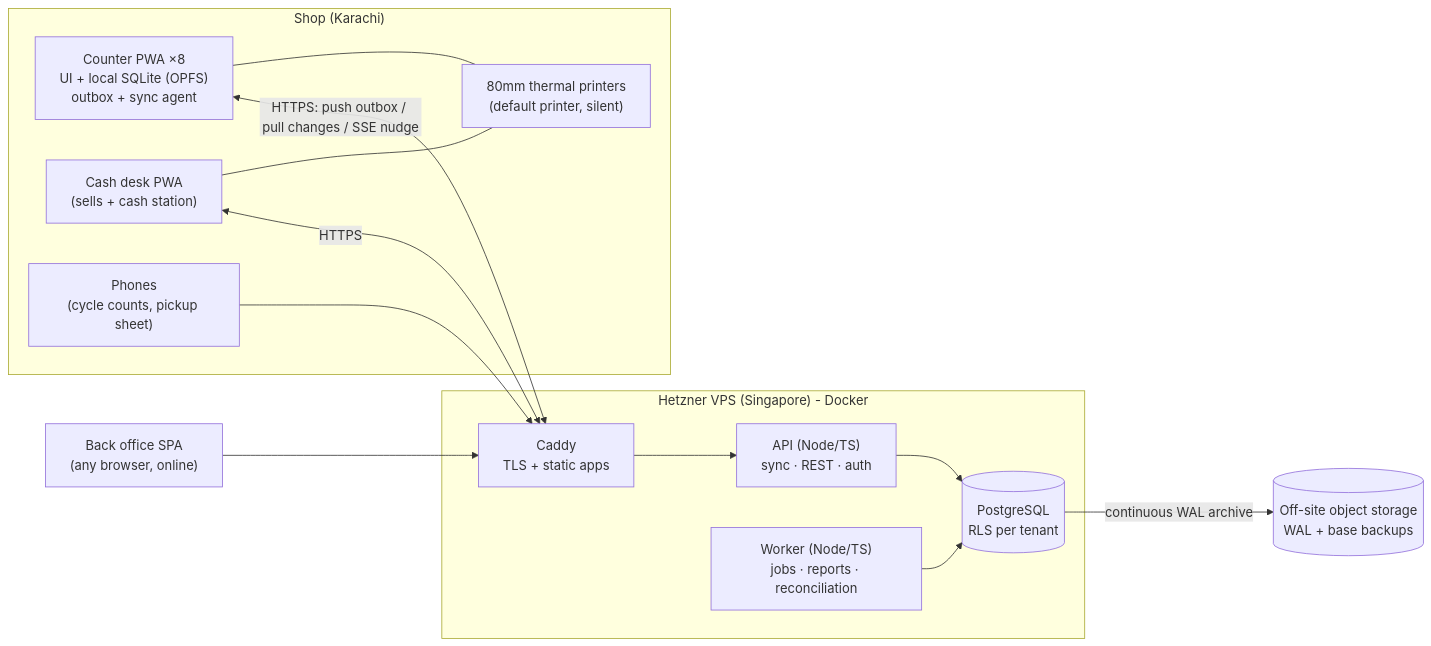
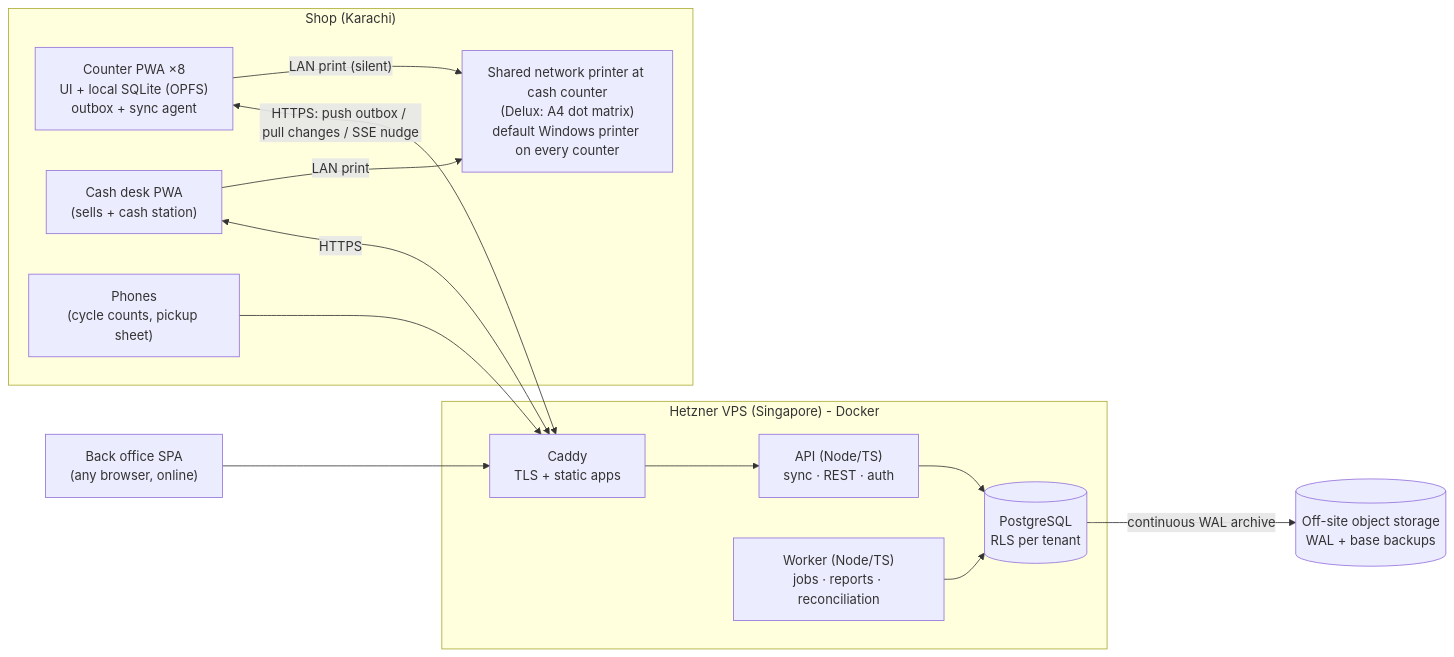
The diagram in docs/02-ARCHITECTURE.md (fahadhussain2/Cloud-ERP-and-POS-System), drawn with Mermaid before and after one commit. The commit also changed other lines of this file and 5 other files, not shown here.

First line of the commit message:
Revise checkout flow for shared LAN printer and handover setting

````diff
--- a/docs/02-ARCHITECTURE.md
+++ b/docs/02-ARCHITECTURE.md
@@ -14,30 +14,30 @@
 ```mermaid
 flowchart LR
   subgraph Shop["Shop (Karachi)"]
     C1["Counter PWA ×8<br/>UI + local SQLite (OPFS)<br/>outbox + sync agent"]
     CD["Cash desk PWA<br/>(sells + cash station)"]
     PH["Phones<br/>(cycle counts, pickup sheet)"]
-    PR["80mm thermal printers<br/>(default printer, silent)"]
-    C1 --- PR
-    CD --- PR
+    PR["Shared network printer at cash counter<br/>(Delux: A4 dot matrix)<br/>default Windows printer on every counter"]
+    C1 -->|"LAN print (silent)"| PR
+    CD -->|LAN print| PR
   end
 
   subgraph Cloud["Hetzner VPS (Singapore) - Docker"]
     CADDY["Caddy<br/>TLS + static apps"]
     API["API (Node/TS)<br/>sync · REST · auth"]
     WK["Worker (Node/TS)<br/>jobs · reports · reconciliation"]
     PG[("PostgreSQL<br/>RLS per tenant")]
     CADDY --> API
     API --> PG
     WK --> PG
   end
 
   BO["Back office SPA<br/>(any browser, online)"]
   OBJ[("Off-site object storage<br/>WAL + base backups")]
 
   C1 <-->|"HTTPS: push outbox / pull changes / SSE nudge"| CADDY
   CD <-->|HTTPS| CADDY
   PH --> CADDY
   BO --> CADDY
   PG -->|continuous WAL archive| OBJ
 ```
````
